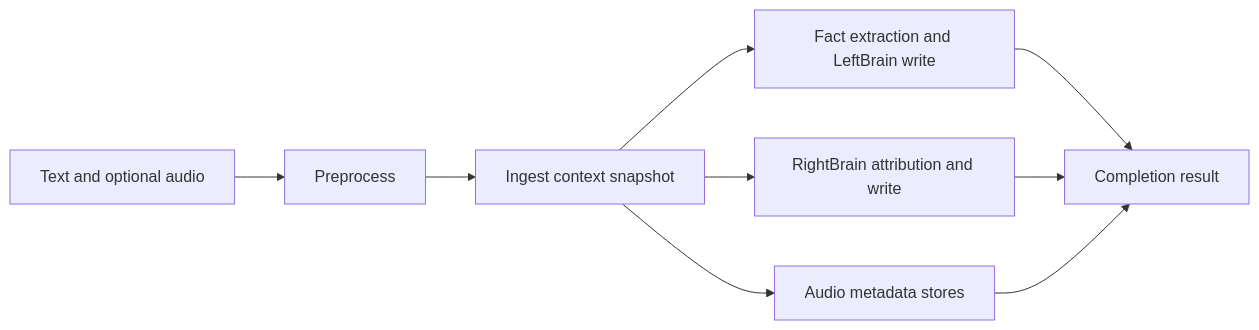
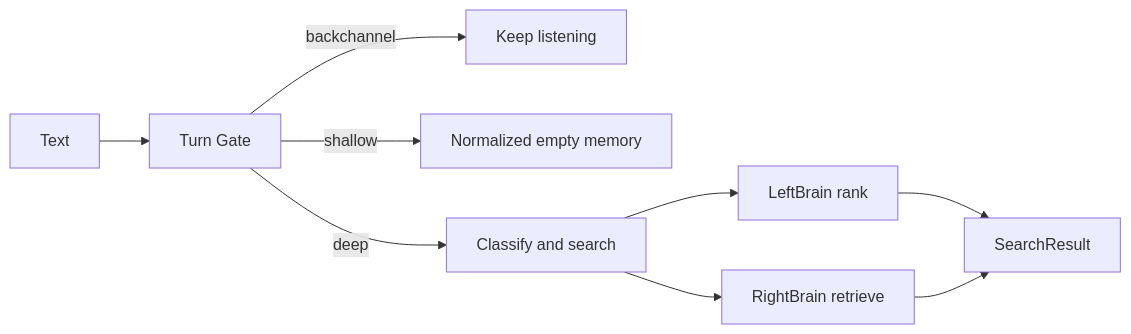
One commit to lang-jiaqi/VoiceMem-Studio changed the third of 4 diagrams in ARCHITECTURE.md. Above: the diagram before and after it, drawn with Mermaid. The commit also changed other lines of this file, not shown here.

````diff
--- a/ARCHITECTURE.md
+++ b/ARCHITECTURE.md
@@ -180,11 +246,11 @@
 ```mermaid
 flowchart LR
-    Input[Text and optional audio] --> Preprocess
-    Preprocess --> Snapshot[Ingest context snapshot]
-    Snapshot --> Facts[Fact extraction and LeftBrain write]
-    Snapshot --> Affect[RightBrain attribution and write]
-    Snapshot --> Audio[Audio metadata stores]
-    Facts --> Complete[Completion result]
-    Affect --> Complete
-    Audio --> Complete
+    Text --> Route[Turn Gate]
+    Route -->|backchannel| Continue[Keep listening]
+    Route -->|shallow| Empty[Normalized empty memory]
+    Route -->|deep| Search[Classify and search]
+    Search --> Left[LeftBrain rank]
+    Search --> Right[RightBrain retrieve]
+    Left --> Result[SearchResult]
+    Right --> Result
 ```
````
